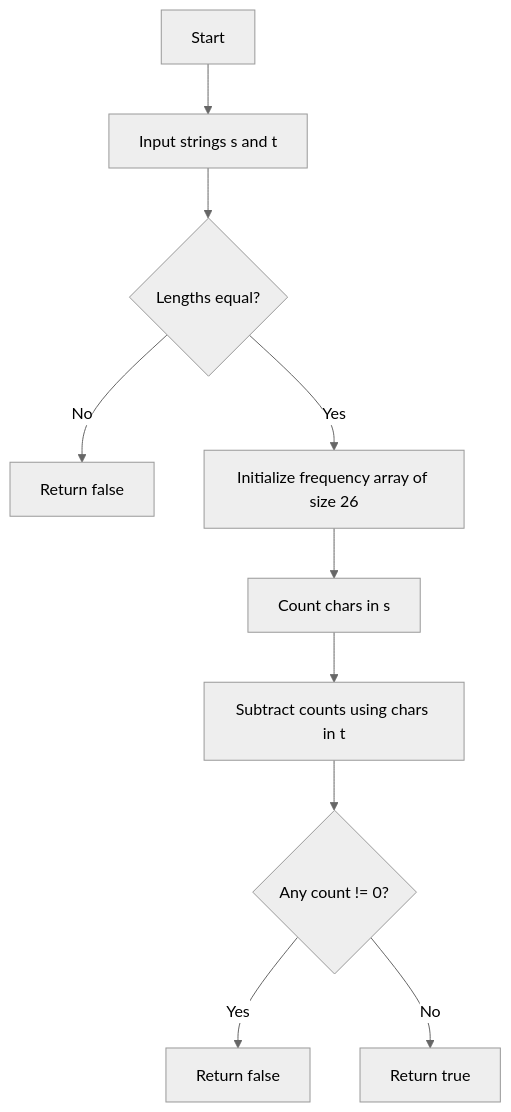
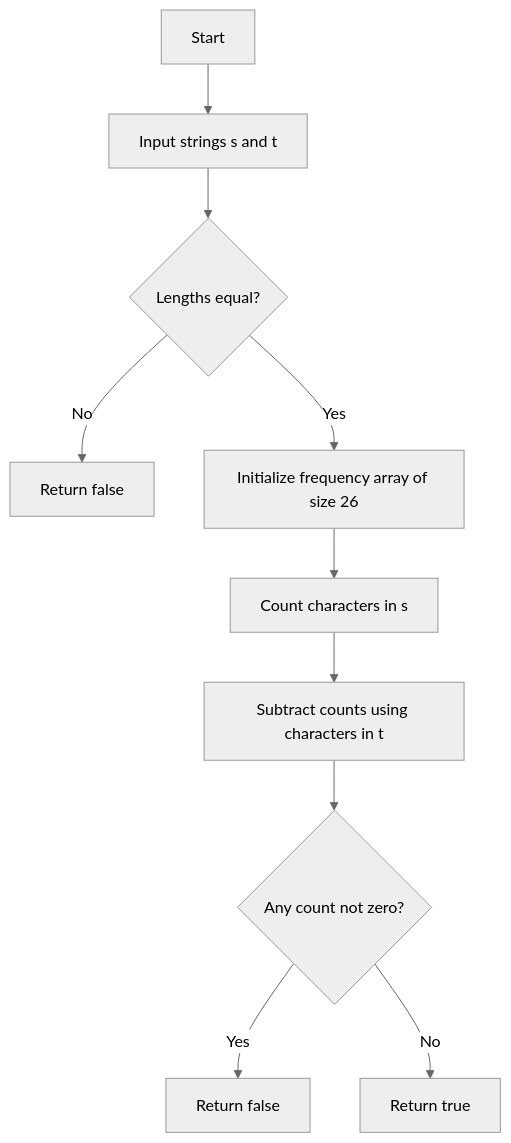
One commit to brovy23-GD/Rovy_Assignement_7_2 changed the fourth of 4 diagrams in README.md. Above: the diagram before and after it, drawn with Mermaid (neutral theme). The commit also changed other lines of this file, not shown here.

Commit message:
Clarify variable names in README flowcharts

````diff
--- a/README.md
+++ b/README.md
@@ -160,12 +160,12 @@
 ```mermaid
 flowchart TD
     A[Start] --> B[Input strings s and t]
     B --> C{Lengths equal?}
     C -->|No| D[Return false]
     C -->|Yes| E[Initialize frequency array of size 26]
-    E --> F[Count chars in s]
-    F --> G[Subtract counts using chars in t]
-    G --> H{Any count != 0?}
+    E --> F[Count characters in s]
+    F --> G[Subtract counts using characters in t]
+    G --> H{Any count not zero?}
     H -->|Yes| I[Return false]
     H -->|No| J[Return true]
 ```
````
